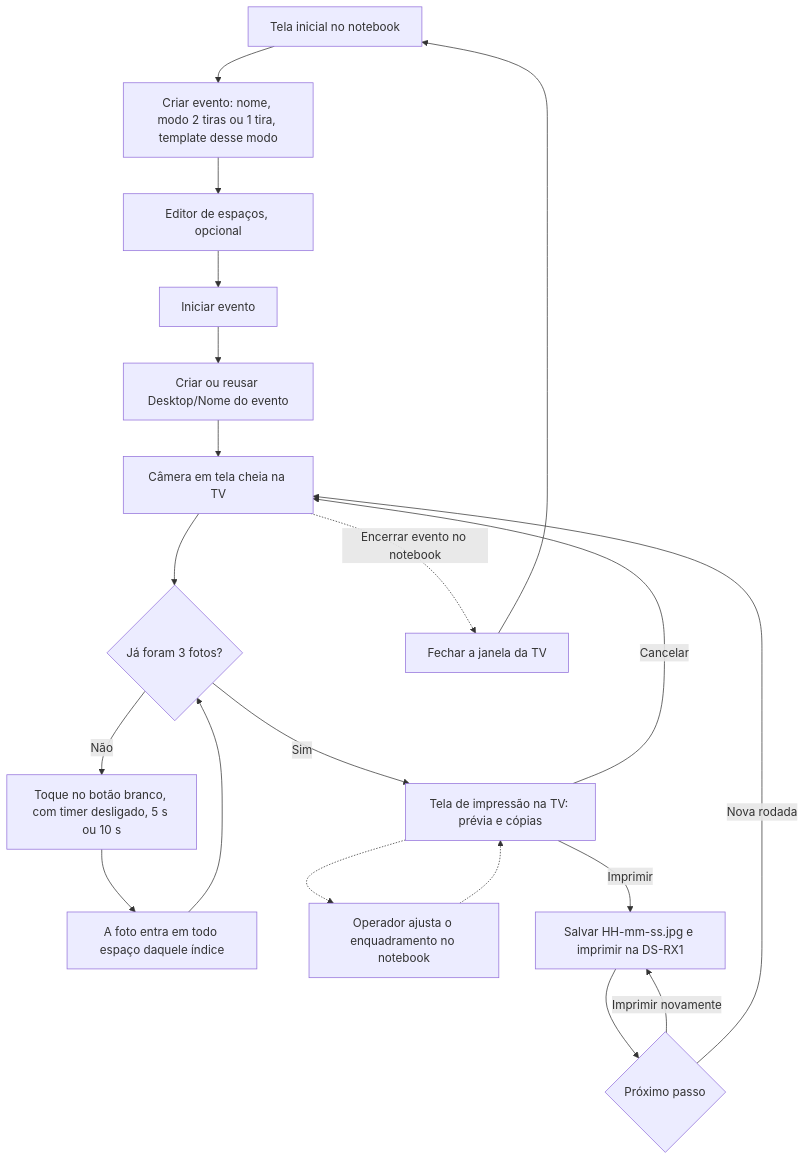
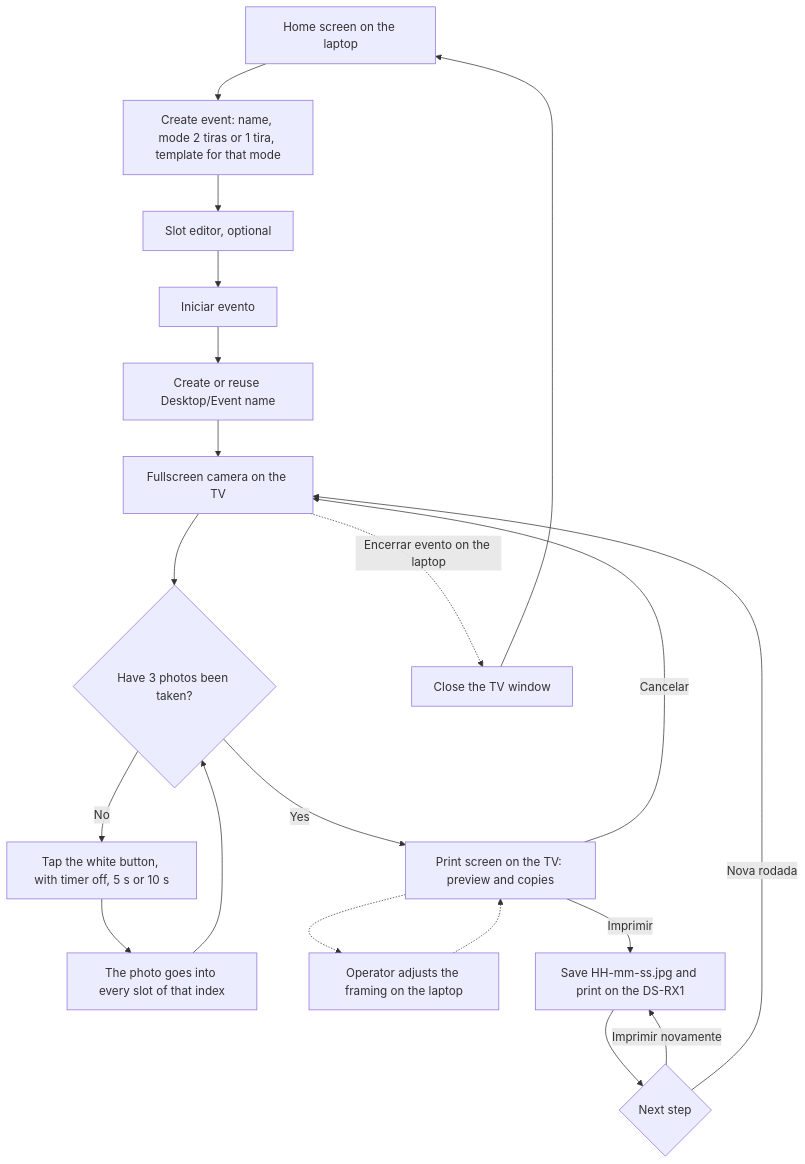
Before and after one commit to ovinidev/PhotoMagic: the diagram in docs/PRD.md, drawn with Mermaid. The commit also changed other lines of this file and 3 other files, not shown here.

````diff
--- a/docs/PRD.md
+++ b/docs/PRD.md
@@ -63,22 +65,22 @@
 ```mermaid
 flowchart TD
-  A["Tela inicial no notebook"] --> B["Criar evento: nome, modo 2 tiras ou 1 tira, template desse modo"]
-  B --> C["Editor de espaços, opcional"]
+  A["Home screen on the laptop"] --> B["Create event: name, mode 2 tiras or 1 tira, template for that mode"]
+  B --> C["Slot editor, optional"]
   C --> D["Iniciar evento"]
-  D --> E["Criar ou reusar Desktop/Nome do evento"]
-  E --> F["Câmera em tela cheia na TV"]
-  F --> G{"Já foram 3 fotos?"}
-  G -->|Não| H["Toque no botão branco, com timer desligado, 5 s ou 10 s"]
-  H --> I["A foto entra em todo espaço daquele índice"]
+  D --> E["Create or reuse Desktop/Event name"]
+  E --> F["Fullscreen camera on the TV"]
+  F --> G{"Have 3 photos been taken?"}
+  G -->|No| H["Tap the white button, with timer off, 5 s or 10 s"]
+  H --> I["The photo goes into every slot of that index"]
   I --> G
-  G -->|Sim| J["Tela de impressão na TV: prévia e cópias"]
-  J -.-> K["Operador ajusta o enquadramento no notebook"]
+  G -->|Yes| J["Print screen on the TV: preview and copies"]
+  J -.-> K["Operator adjusts the framing on the laptop"]
   K -.-> J
   J -->|Cancelar| F
-  J -->|Imprimir| L["Salvar HH-mm-ss.jpg e imprimir na DS-RX1"]
-  L --> M{"Próximo passo"}
+  J -->|Imprimir| L["Save HH-mm-ss.jpg and print on the DS-RX1"]
+  L --> M{"Next step"}
   M -->|Imprimir novamente| L
   M -->|Nova rodada| F
-  F -.->|Encerrar evento no notebook| N["Fechar a janela da TV"]
+  F -.->|Encerrar evento on the laptop| N["Close the TV window"]
   N --> A
 ```
````
